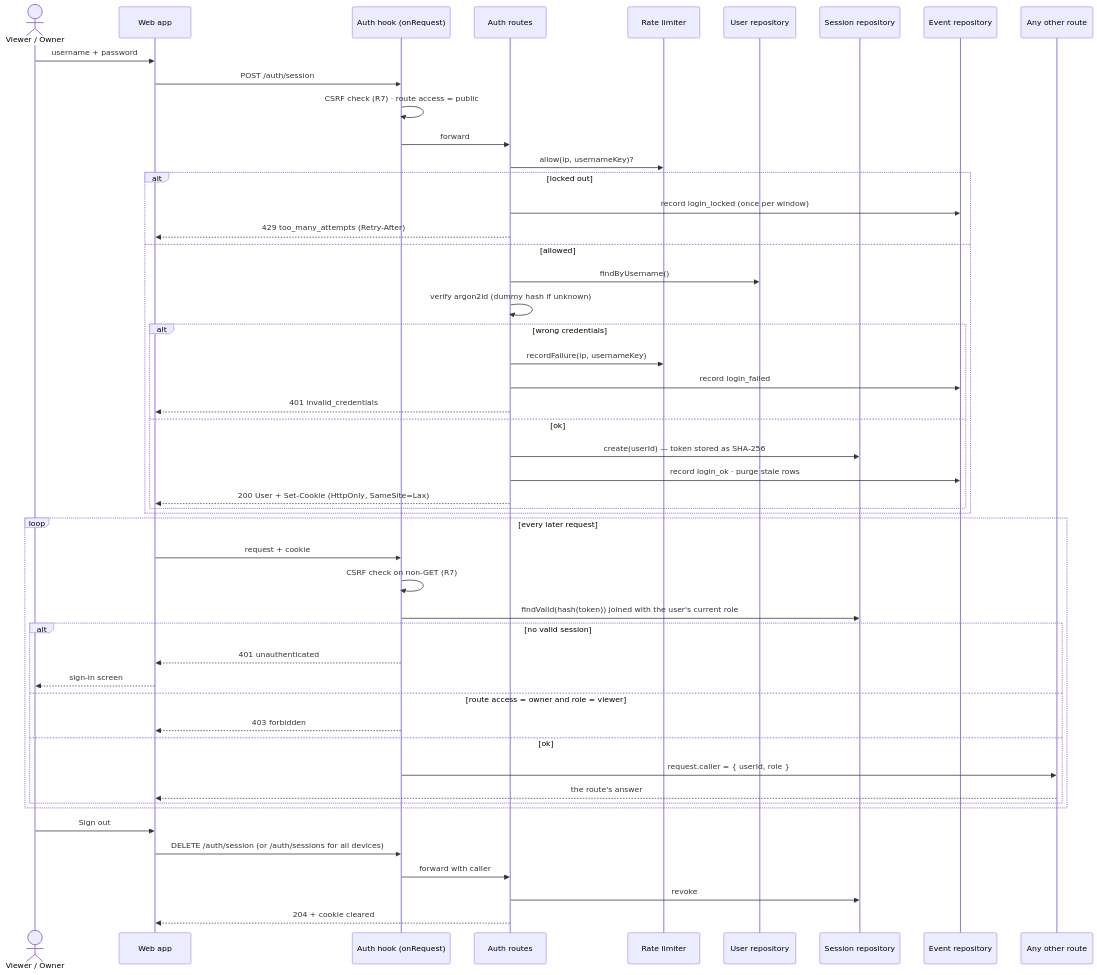
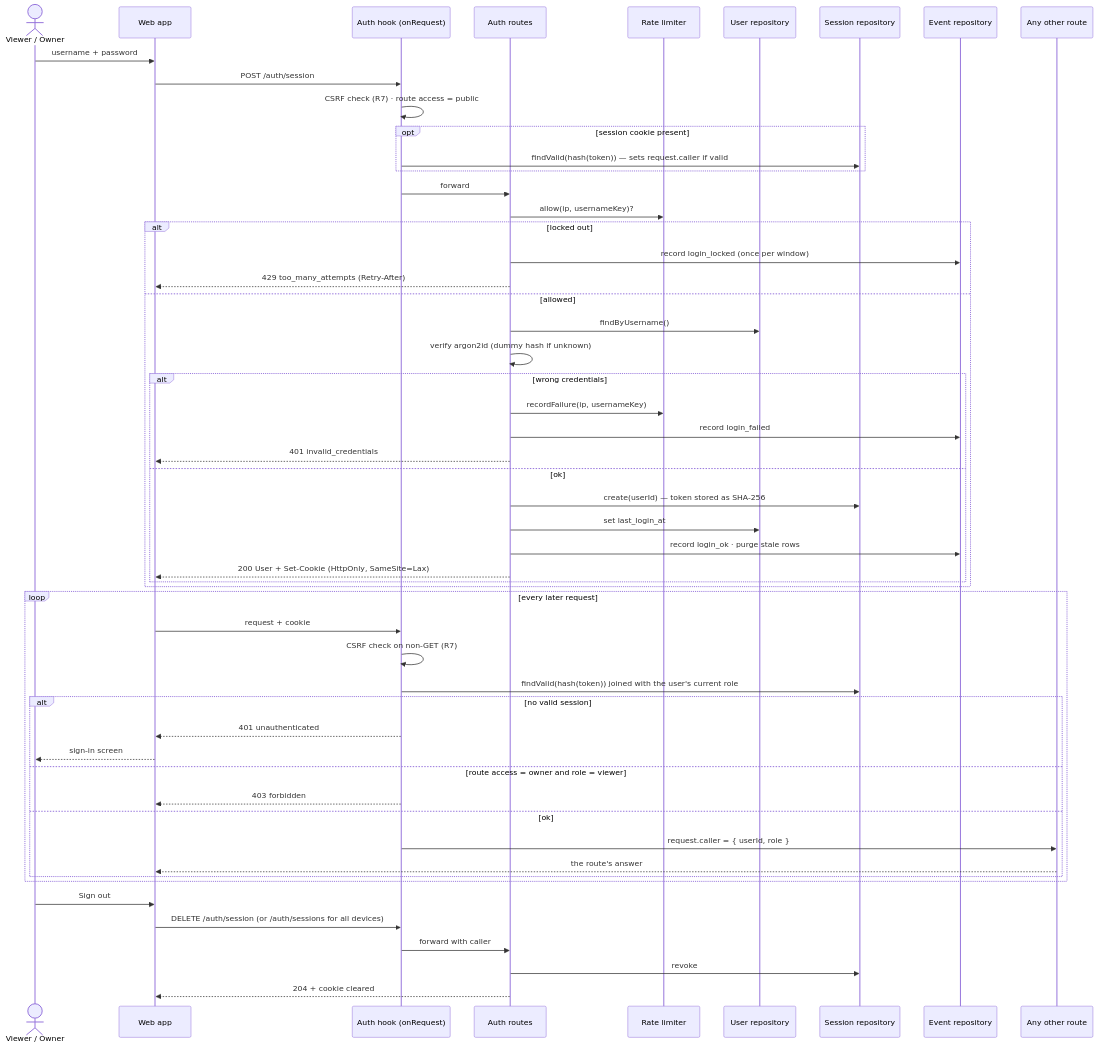
Before and after one commit to benoit-bremaud/popcorntv: the diagram in docs/architecture/diagrams/auth/02-sequence-sign-in.md, drawn with Mermaid. The commit also changed 4 other files, not shown here.

````diff
--- a/docs/architecture/diagrams/auth/02-sequence-sign-in.md
+++ b/docs/architecture/diagrams/auth/02-sequence-sign-in.md
@@ -14,55 +14,59 @@
 ```mermaid
 sequenceDiagram
   actor U as Viewer / Owner
   participant W as Web app
   participant H as Auth hook (onRequest)
   participant API as Auth routes
   participant RL as Rate limiter
   participant UR as User repository
   participant SR as Session repository
   participant EL as Event repository
   participant R as Any other route
 
   U->>W: username + password
   W->>H: POST /auth/session
   H->>H: CSRF check (R7) · route access = public
+  opt session cookie present
+    H->>SR: findValid(hash(token)) — sets request.caller if valid
+  end
   H->>API: forward
   API->>RL: allow(ip, usernameKey)?
   alt locked out
     API->>EL: record login_locked (once per window)
     API-->>W: 429 too_many_attempts (Retry-After)
   else allowed
     API->>UR: findByUsername()
     API->>API: verify argon2id (dummy hash if unknown)
     alt wrong credentials
       API->>RL: recordFailure(ip, usernameKey)
       API->>EL: record login_failed
       API-->>W: 401 invalid_credentials
     else ok
       API->>SR: create(userId) — token stored as SHA-256
+      API->>UR: set last_login_at
       API->>EL: record login_ok · purge stale rows
       API-->>W: 200 User + Set-Cookie (HttpOnly, SameSite=Lax)
     end
   end
 
   loop every later request
     W->>H: request + cookie
     H->>H: CSRF check on non-GET (R7)
     H->>SR: findValid(hash(token)) joined with the user's current role
     alt no valid session
       H-->>W: 401 unauthenticated
       W-->>U: sign-in screen
     else route access = owner and role = viewer
       H-->>W: 403 forbidden
     else ok
       H->>R: request.caller = { userId, role }
       R-->>W: the route's answer
     end
   end
 
   U->>W: Sign out
   W->>H: DELETE /auth/session (or /auth/sessions for all devices)
   H->>API: forward with caller
   API->>SR: revoke
   API-->>W: 204 + cookie cleared
 ```
````
